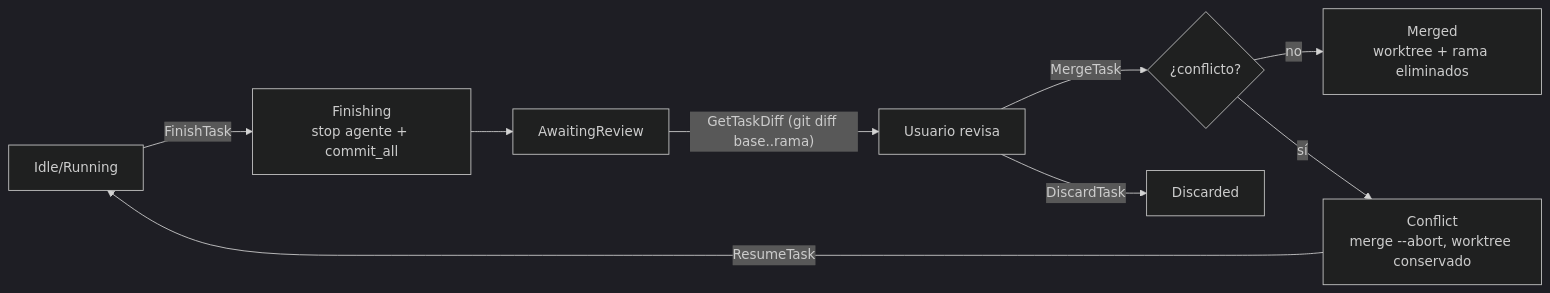
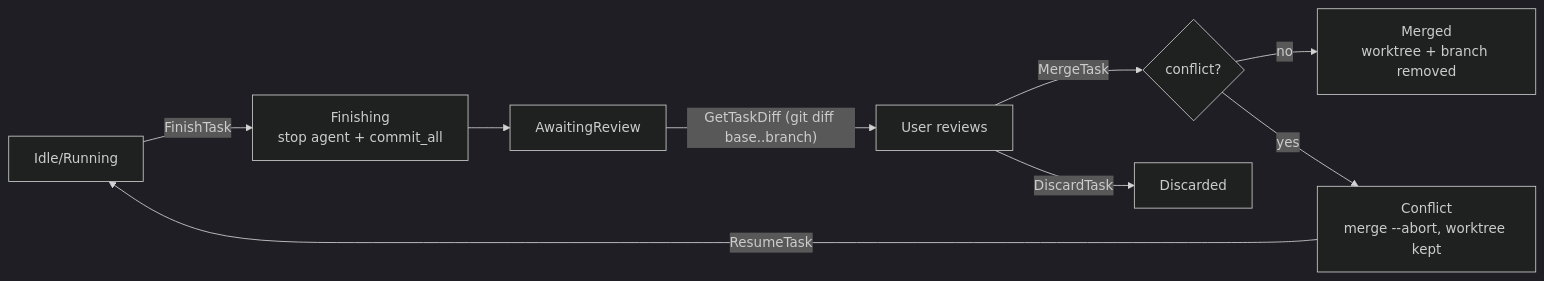
One commit to plopezm/iworkflow changed the tenth of 12 diagrams in ARCHITECTURE.md. Above: the diagram before and after it, drawn with Mermaid (dark theme). The commit also changed other lines of this file and 5 other files, not shown here.

````diff
--- a/ARCHITECTURE.md
+++ b/ARCHITECTURE.md
@@ -825,11 +829,11 @@
 ```mermaid
 flowchart LR
-    A[Idle/Running] -- FinishTask --> B["Finishing<br/>stop agente + commit_all"]
+    A[Idle/Running] -- FinishTask --> B["Finishing<br/>stop agent + commit_all"]
     B --> C[AwaitingReview]
-    C -- "GetTaskDiff (git diff base..rama)" --> D[Usuario revisa]
-    D -- MergeTask --> E{¿conflicto?}
-    E -- no --> F["Merged<br/>worktree + rama eliminados"]
-    E -- sí --> G["Conflict<br/>merge --abort, worktree conservado"]
+    C -- "GetTaskDiff (git diff base..branch)" --> D[User reviews]
+    D -- MergeTask --> E{conflict?}
+    E -- no --> F["Merged<br/>worktree + branch removed"]
+    E -- yes --> G["Conflict<br/>merge --abort, worktree kept"]
     G -- ResumeTask --> A
     D -- DiscardTask --> H[Discarded]
 ```
````
